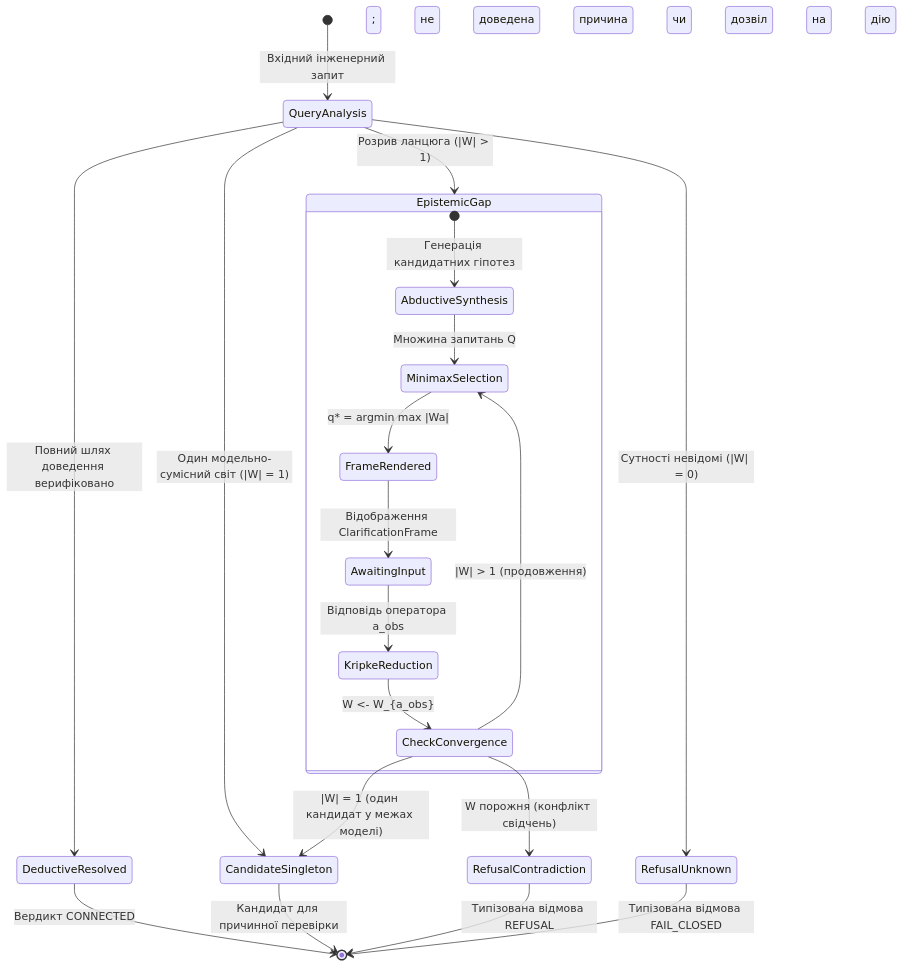
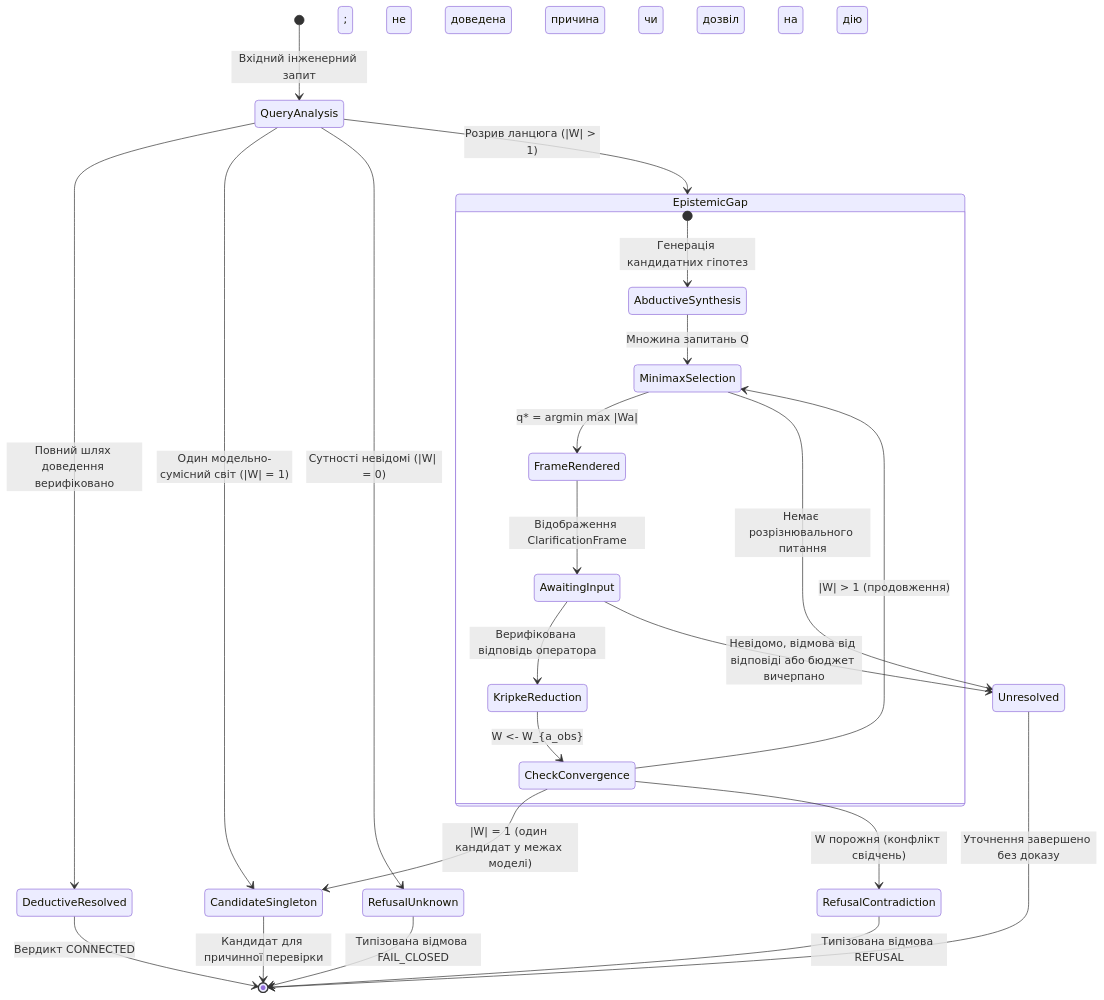
One commit to nick-fedchik/articles changed the sixth of 6 diagrams in ExpertSystem/ch34-deterministic-relational-analysis-abduction-and-socratic-dialogue.md. Above: the diagram before and after it, drawn with Mermaid. The commit also changed other lines of this file and 7 other files, not shown here.

````diff
--- a/ExpertSystem/ch34-deterministic-relational-analysis-abduction-and-socratic-dialogue.md
+++ b/ExpertSystem/ch34-deterministic-relational-analysis-abduction-and-socratic-dialogue.md
@@ -549,29 +697,32 @@
 ```mermaid
 stateDiagram-v2
     accTitle: Автомат епістемічних станів сократівського діалогу з DEL-мінімаксом
 	accDescr: Скінченний автомат переходів від виявлення неповноти знань через мінімаксне стиснення світів Кріпке до верифікованого шляху доведення, одного модельно-сумісного кандидата або типізованої відмови.
 
     [*] --> QueryAnalysis : Вхідний інженерний запит
 	QueryAnalysis --> DeductiveResolved : Повний шлях доведення верифіковано
 	QueryAnalysis --> CandidateSingleton : Один модельно-сумісний світ (|W| = 1)
     QueryAnalysis --> EpistemicGap : Розрив ланцюга (|W| > 1)
     QueryAnalysis --> RefusalUnknown : Сутності невідомі (|W| = 0)
 
     state EpistemicGap {
         [*] --> AbductiveSynthesis : Генерація кандидатних гіпотез
         AbductiveSynthesis --> MinimaxSelection : Множина запитань Q
         MinimaxSelection --> FrameRendered : q* = argmin max |Wa|
         FrameRendered --> AwaitingInput : Відображення ClarificationFrame
-        AwaitingInput --> KripkeReduction : Відповідь оператора a_obs
+		AwaitingInput --> KripkeReduction : Верифікована відповідь оператора
         KripkeReduction --> CheckConvergence : W <- W_{a_obs}
         CheckConvergence --> MinimaxSelection : |W| > 1 (продовження)
     }
 
+	AwaitingInput --> Unresolved : Невідомо, відмова від відповіді або бюджет вичерпано
+	MinimaxSelection --> Unresolved : Немає розрізнювального питання
+	Unresolved --> [*] : Уточнення завершено без доказу
 	CheckConvergence --> CandidateSingleton : |W| = 1 (один кандидат у межах моделі)
     CheckConvergence --> RefusalContradiction : W порожня (конфлікт свідчень)
 
     DeductiveResolved --> [*] : Вердикт CONNECTED
 	CandidateSingleton --> [*] : Кандидат для причинної перевірки; не доведена причина чи дозвіл на дію
     RefusalContradiction --> [*] : Типізована відмова REFUSAL
     RefusalUnknown --> [*] : Типізована відмова FAIL_CLOSED
 ```
````
